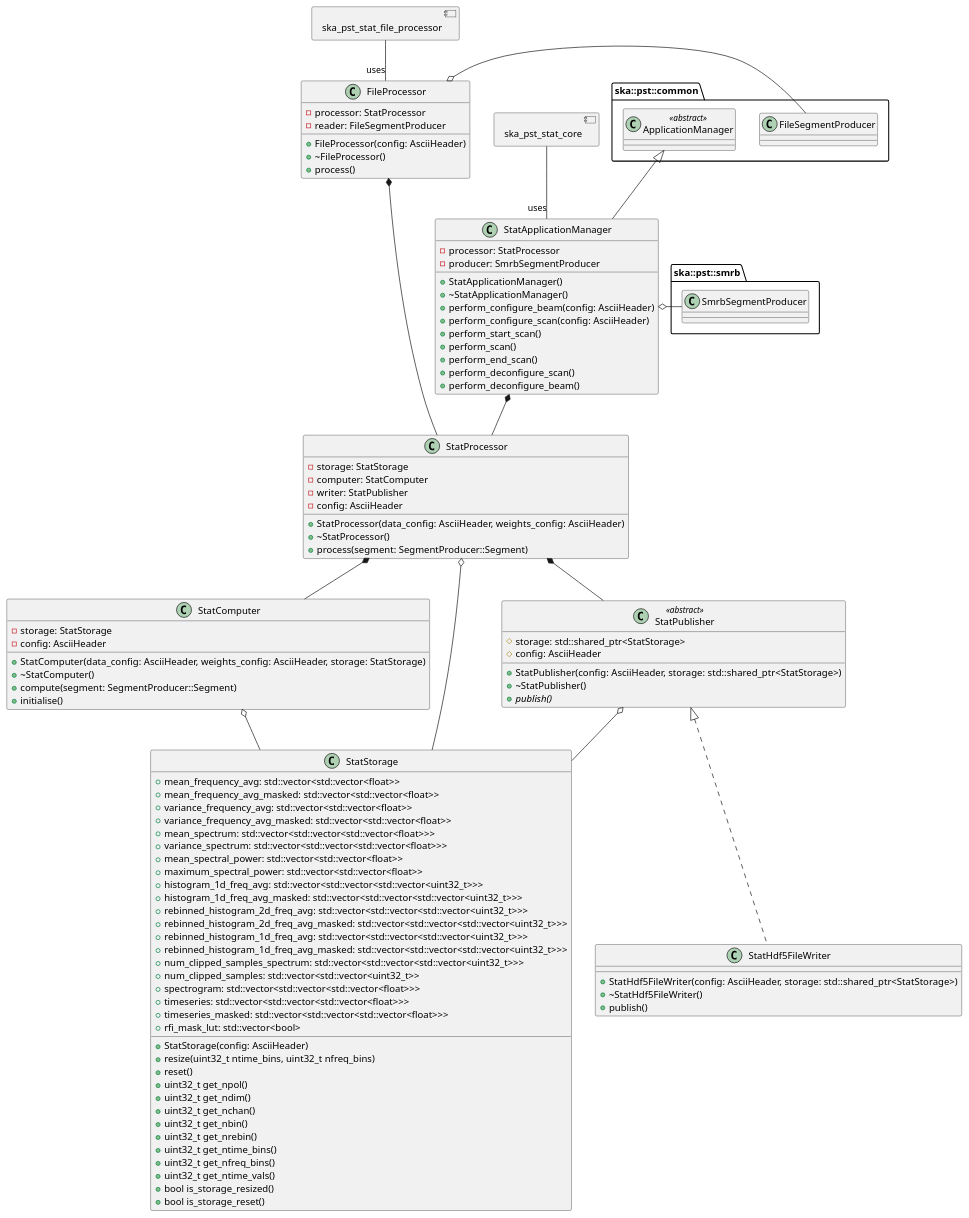
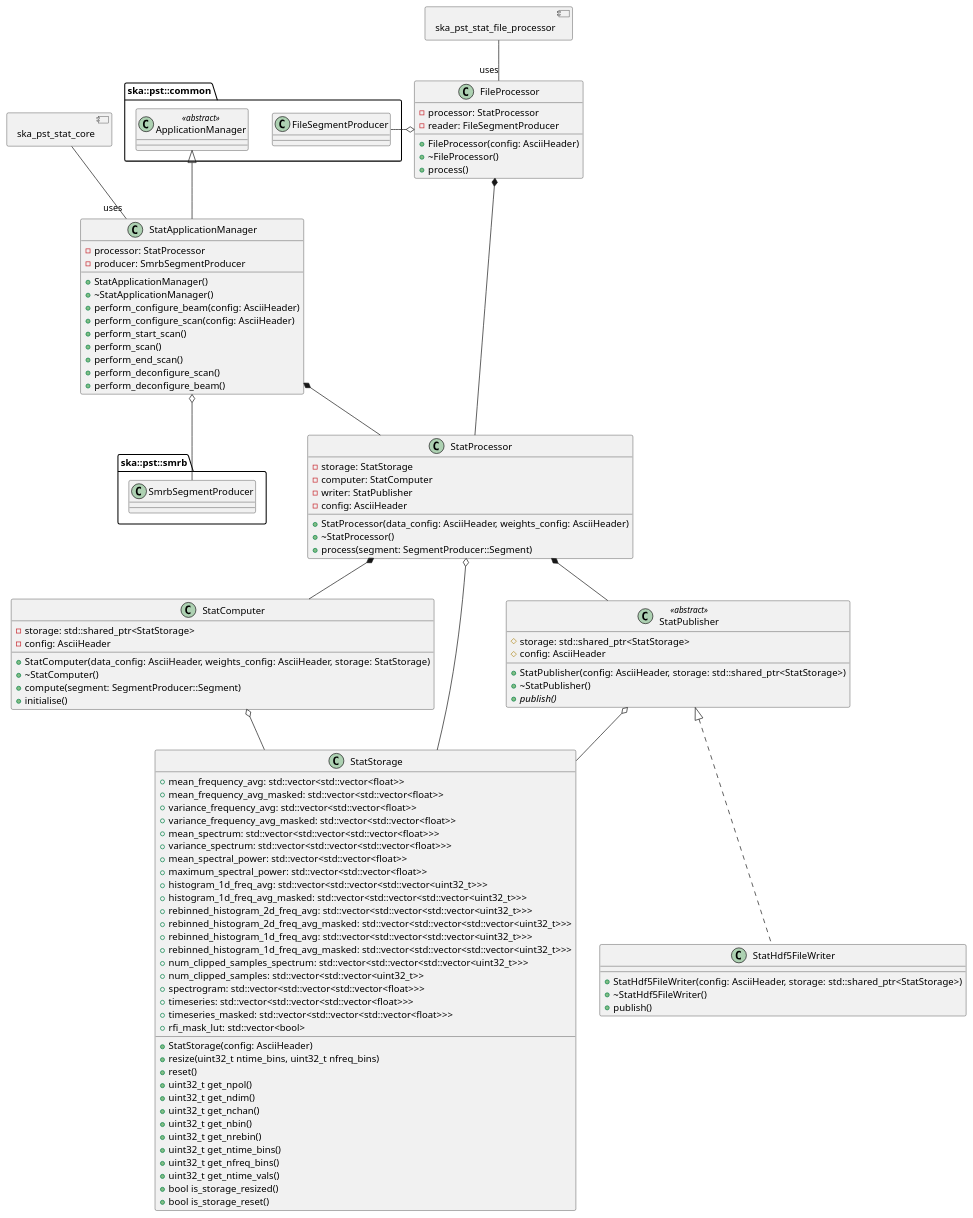
One commit to ska-telescope/ska-pst-stat changed the diagram in docs/src/architecture/class_diagram.puml. Above: the diagram before and after it, drawn with PlantUML. The commit also changed 7 other files, not shown here.

```diff
--- a/docs/src/architecture/class_diagram.puml
+++ b/docs/src/architecture/class_diagram.puml
@@ -1,124 +1,124 @@
 @startuml PST Stat Class Diagram
 allow_mixing
 
-package ska::pst::common 
+package ska::pst::common
 {
   class ApplicationManager <<abstract>>
   class FileSegmentProducer
 }
 
-package ska::pst::smrb 
+package ska::pst::smrb
 {
   class SmrbSegmentProducer
 }
 
 class StatApplicationManager {
   + StatApplicationManager()
   + ~StatApplicationManager()
   + perform_configure_beam(config: AsciiHeader)
   + perform_configure_scan(config: AsciiHeader)
   + perform_start_scan()
   + perform_scan()
   + perform_end_scan()
   + perform_deconfigure_scan()
   + perform_deconfigure_beam()
   - processor: StatProcessor
   - producer: SmrbSegmentProducer
 }
 
 class FileProcessor {
   + FileProcessor(config: AsciiHeader)
   + ~FileProcessor()
   + process()
   - processor: StatProcessor
   - reader: FileSegmentProducer
 }
 
 class StatProcessor {
   + StatProcessor(data_config: AsciiHeader, weights_config: AsciiHeader)
   + ~StatProcessor()
   + process(segment: SegmentProducer::Segment)
   - storage: StatStorage
   - computer: StatComputer
   - writer: StatPublisher
   - config: AsciiHeader
 }
 
 class StatComputer {
   + StatComputer(data_config: AsciiHeader, weights_config: AsciiHeader, storage: StatStorage)
   + ~StatComputer()
   + compute(segment: SegmentProducer::Segment)
   + initialise()
-  - storage: StatStorage
+  - storage: std::shared_ptr<StatStorage>
   - config: AsciiHeader
 }
 
 class StatStorage {
   + StatStorage(config: AsciiHeader)
   + resize(uint32_t ntime_bins, uint32_t nfreq_bins)
   + reset()
   + uint32_t get_npol()
   + uint32_t get_ndim()
   + uint32_t get_nchan()
   + uint32_t get_nbin()
   + uint32_t get_nrebin()
   + uint32_t get_ntime_bins()
   + uint32_t get_nfreq_bins()
   + uint32_t get_ntime_vals()
   + bool is_storage_resized()
   + bool is_storage_reset()
   + mean_frequency_avg: std::vector<std::vector<float>>
   + mean_frequency_avg_masked: std::vector<std::vector<float>>
   + variance_frequency_avg: std::vector<std::vector<float>>
   + variance_frequency_avg_masked: std::vector<std::vector<float>>
   + mean_spectrum: std::vector<std::vector<std::vector<float>>>
   + variance_spectrum: std::vector<std::vector<std::vector<float>>>
   + mean_spectral_power: std::vector<std::vector<float>>
   + maximum_spectral_power: std::vector<std::vector<float>>
   + histogram_1d_freq_avg: std::vector<std::vector<std::vector<uint32_t>>>
   + histogram_1d_freq_avg_masked: std::vector<std::vector<std::vector<uint32_t>>>
   + rebinned_histogram_2d_freq_avg: std::vector<std::vector<std::vector<uint32_t>>>
   + rebinned_histogram_2d_freq_avg_masked: std::vector<std::vector<std::vector<uint32_t>>>
   + rebinned_histogram_1d_freq_avg: std::vector<std::vector<std::vector<uint32_t>>>
   + rebinned_histogram_1d_freq_avg_masked: std::vector<std::vector<std::vector<uint32_t>>>
   + num_clipped_samples_spectrum: std::vector<std::vector<std::vector<uint32_t>>>
   + num_clipped_samples: std::vector<std::vector<uint32_t>>
   + spectrogram: std::vector<std::vector<std::vector<float>>>
   + timeseries: std::vector<std::vector<std::vector<float>>>
   + timeseries_masked: std::vector<std::vector<std::vector<float>>>
   + rfi_mask_lut: std::vector<bool>
 }
 
 class StatPublisher <<abstract>> {
   # storage: std::shared_ptr<StatStorage>
   # config: AsciiHeader
   + StatPublisher(config: AsciiHeader, storage: std::shared_ptr<StatStorage>)
   + ~StatPublisher()
   {abstract} + publish()
 }
 
 class StatHdf5FileWriter implements StatPublisher {
   + StatHdf5FileWriter(config: AsciiHeader, storage: std::shared_ptr<StatStorage>)
   + ~StatHdf5FileWriter()
   + publish()
 }
 
 StatProcessor *-- StatComputer
 StatProcessor *-- StatPublisher
 StatProcessor o-- StatStorage
 StatComputer o-- StatStorage
 StatPublisher o-- StatStorage
 
 ApplicationManager <|-- StatApplicationManager
-StatApplicationManager o- SmrbSegmentProducer
+StatApplicationManager o-- SmrbSegmentProducer
 StatApplicationManager *-- StatProcessor
 
 FileProcessor *-- StatProcessor
 FileProcessor o- FileSegmentProducer
 
 component ska_pst_stat_core
 ska_pst_stat_core -- "uses" StatApplicationManager
 component ska_pst_stat_file_processor
 ska_pst_stat_file_processor -- "uses" FileProcessor
 
 @enduml
```
